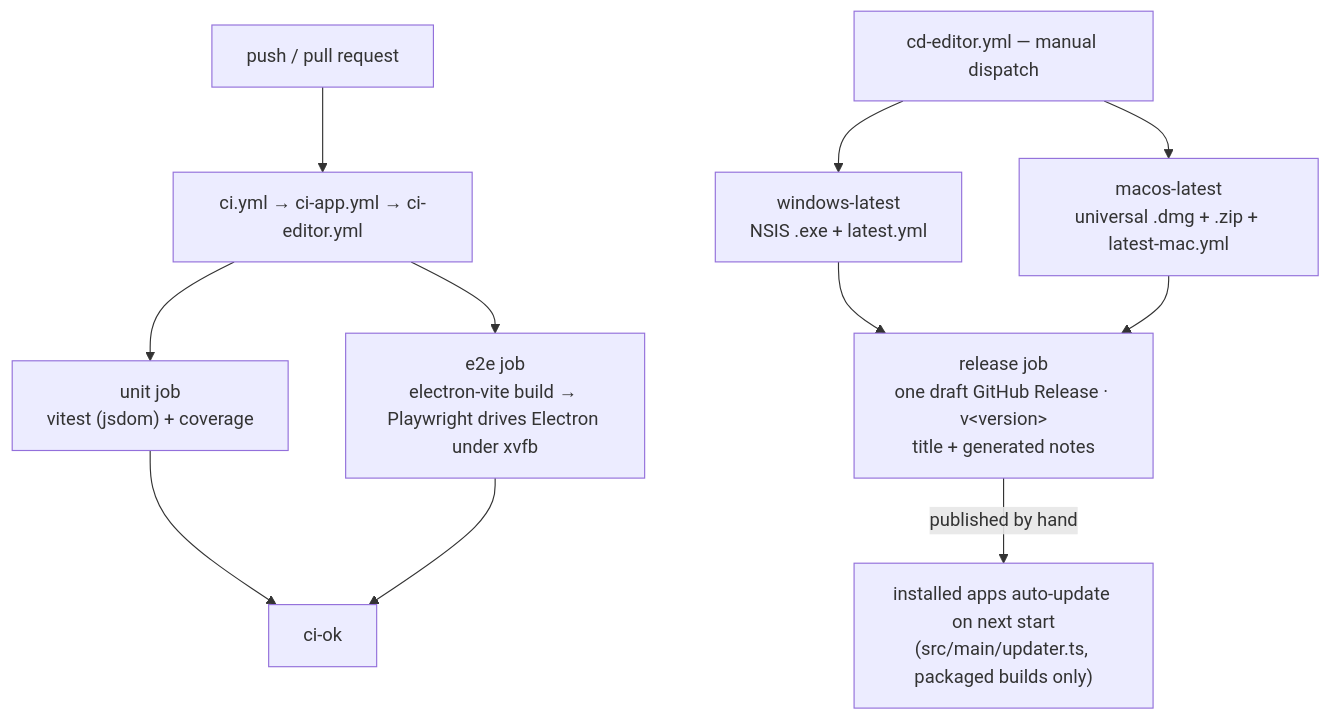
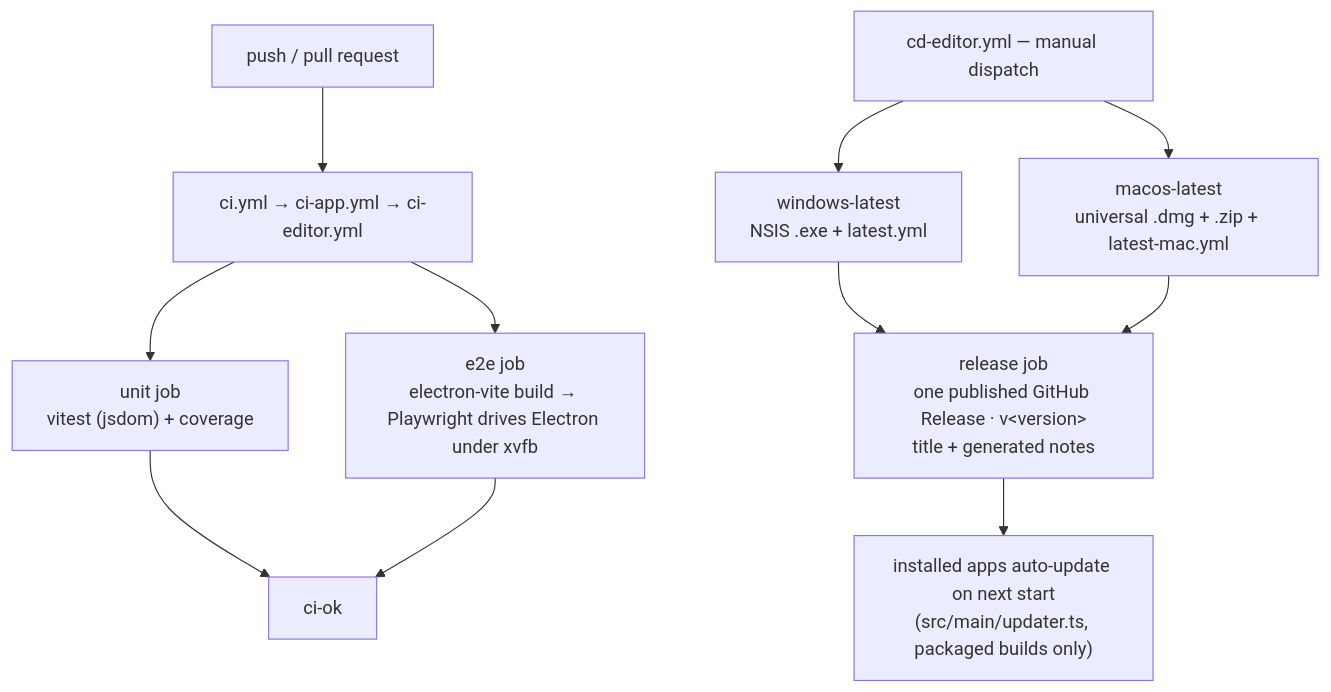
Before and after one commit to soroush-tech/core: the first of 2 diagrams in apps/editor/README.md, drawn with Mermaid. The commit also changed other lines of this file and 3 other files, not shown here.

First line of the commit message:
feat(editor): publish the release from CD instead of leaving a draft

````diff
--- a/apps/editor/README.md
+++ b/apps/editor/README.md
@@ -26,14 +26,14 @@
 ```mermaid
 flowchart TD
     pr["push / pull request"] --> ci["ci.yml → ci-app.yml → ci-editor.yml"]
     ci --> unit["unit job<br/>vitest (jsdom) + coverage"]
     ci --> e2e["e2e job<br/>electron-vite build → Playwright drives Electron under xvfb"]
     unit --> ok["ci-ok"]
     e2e --> ok
 
     dispatch["cd-editor.yml — manual dispatch"] --> winbuild["windows-latest<br/>NSIS .exe + latest.yml"]
     dispatch --> macbuild["macos-latest<br/>universal .dmg + .zip + latest-mac.yml"]
-    winbuild --> draft["release job<br/>one draft GitHub Release · v&lt;version&gt;<br/>title + generated notes"]
-    macbuild --> draft
-    draft -->|"published by hand"| update["installed apps auto-update on next start<br/>(src/main/updater.ts, packaged builds only)"]
+    winbuild --> release["release job<br/>one published GitHub Release · v&lt;version&gt;<br/>title + generated notes"]
+    macbuild --> release
+    release --> update["installed apps auto-update on next start<br/>(src/main/updater.ts, packaged builds only)"]
 ```
````
